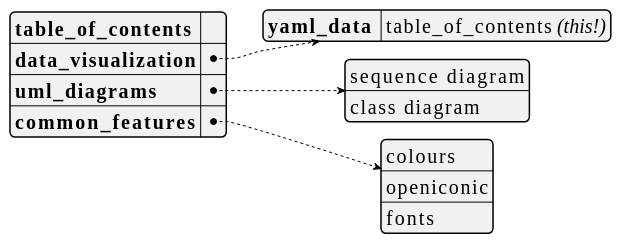
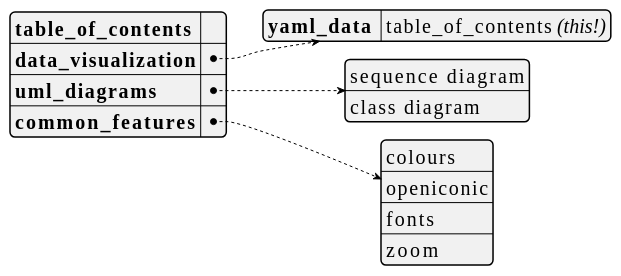
Before and after one commit to dragondive/heavens-arena: the first of 13 diagrams in plantuml_demo.md, drawn with PlantUML. The commit also changed other lines of this file, not shown here.

Commit message:
added demo: zoom

````diff
--- a/plantuml_demo.md
+++ b/plantuml_demo.md
@@ -26,33 +26,34 @@
 ```plantuml
 @startyaml
 <style>
 yamlDiagram {
     node {
         ' use a constant width font because that's what developers do.
         FontName Consolas
         FontSize 20
     }
 }
 </style>
 
 /'TODO:
 It would be cool to hyperlink the entries in the table_of_contents to the
 respective section in the document. Not only would it further accentuate the
 [Medium Awareness](https://tvtropes.org/pmwiki/pmwiki.php/Main/MediumAwareness)
 of this yaml document, but also augment the
 [Anachronic Order](https://tvtropes.org/pmwiki/pmwiki.php/Main/AnachronicOrder)
 of the outer markdown document.
 '/
 
 **table_of_contents**: ""  /' workaround: empty string here to avoid dummy link '/
 data_visualization:
     yaml_data : table_of_contents //(this!)//
 uml_diagrams:
     - sequence diagram
     - class diagram
 common_features:
     - colours
     - openiconic
     - fonts
+    - zoom
 @endyaml
 ```
````
